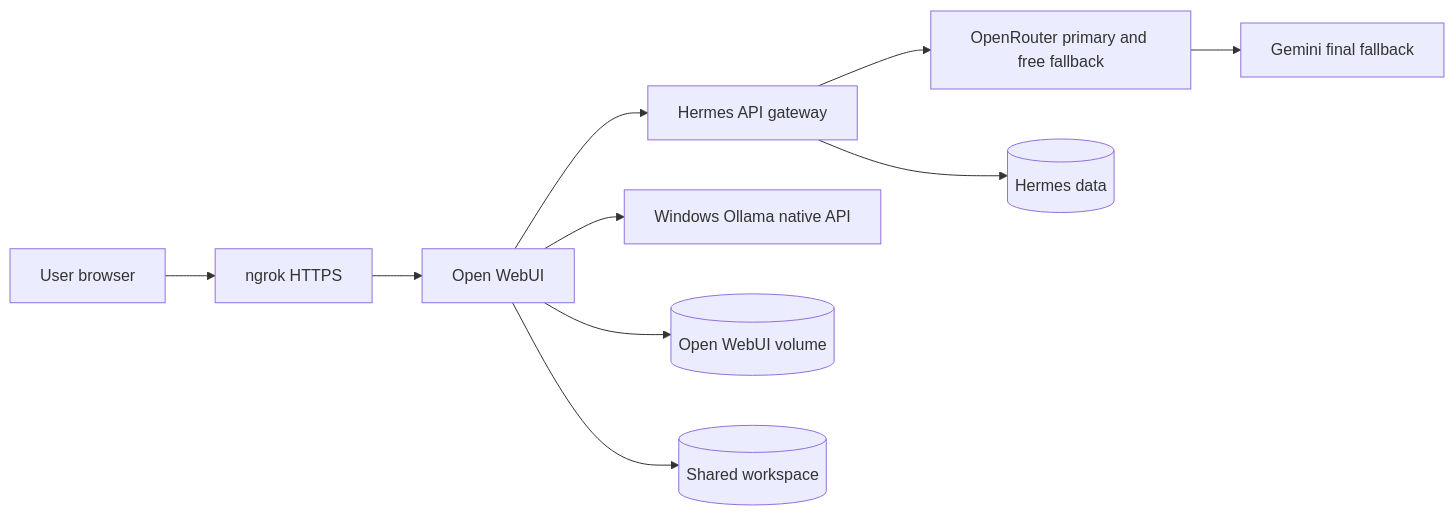
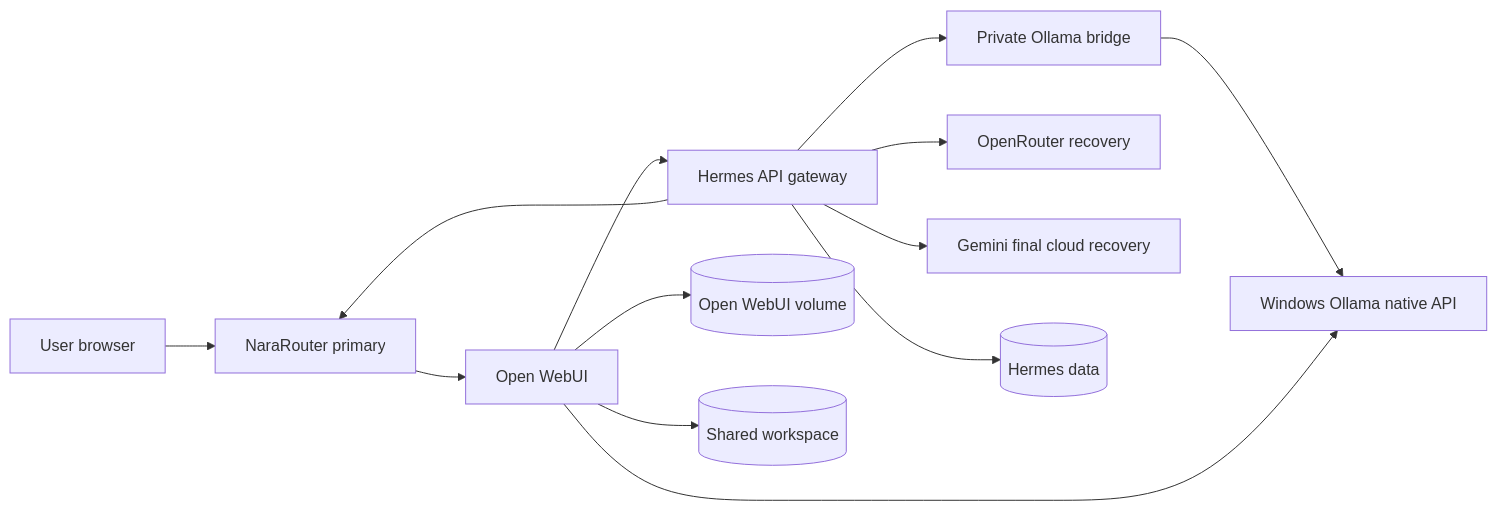
One commit to ahmed-el-mahdy/hermes-ngrok-automation changed the diagram in docs/IMPLEMENTATION_PLAN.md. Above: the diagram before and after it, drawn with Mermaid. The commit also changed 16 other files, not shown here.

````diff
--- a/docs/IMPLEMENTATION_PLAN.md
+++ b/docs/IMPLEMENTATION_PLAN.md
@@ -11,12 +11,15 @@
 ```mermaid
 flowchart LR
   U[User browser] --> N[ngrok HTTPS]
   N --> W[Open WebUI]
   W --> H[Hermes API gateway]
-  H --> G[OpenRouter primary and free fallback]
-  G --> GF[Gemini final fallback]
+  H --> N[NaraRouter primary]
+  H --> B[Private Ollama bridge]
+  H --> G[OpenRouter recovery]
+  H --> GF[Gemini final cloud recovery]
+  B --> O
   W --> O[Windows Ollama native API]
   W --> D[(Open WebUI volume)]
   H --> C[(Hermes data)]
   W --> S[(Shared workspace)]
 ```
````
